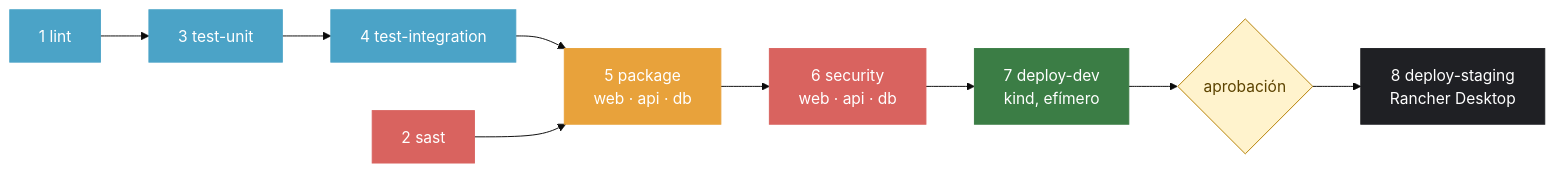
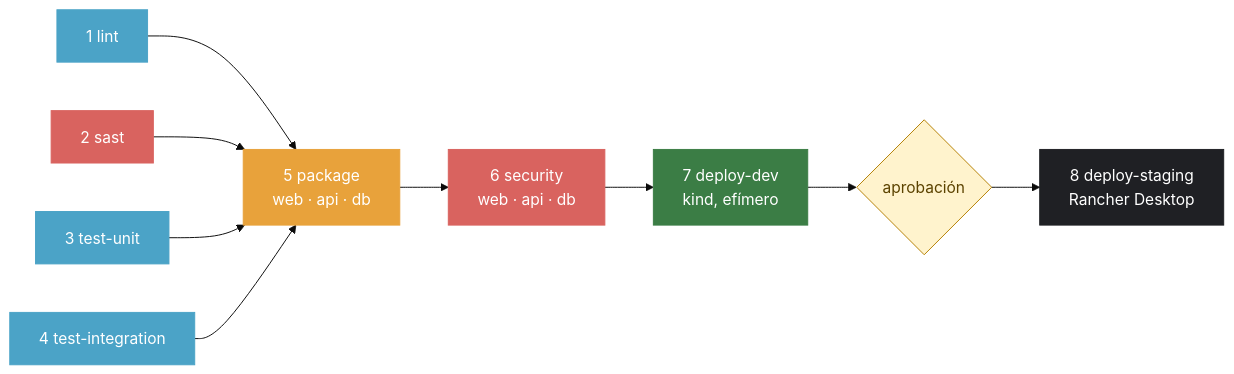
Before and after one commit to Jesusro-del/demo-cicd: the diagram in README.md, drawn with Mermaid (base theme). The commit also changed other lines of this file and 1 other file, not shown here.

````diff
--- a/README.md
+++ b/README.md
@@ -11,15 +11,17 @@
 ```mermaid
 flowchart LR
-    L["1 lint"] --> TU["3 test-unit"] --> TI["4 test-integration"] --> P["5 package<br/>web · api · db"]
+    L["1 lint"] --> P["5 package<br/>web · api · db"]
     S["2 sast"] --> P
+    TU["3 test-unit"] --> P
+    TI["4 test-integration"] --> P
     P --> SEC["6 security<br/>web · api · db"] --> DEV["7 deploy-dev<br/>kind, efímero"] --> AP{"aprobación"} --> STG["8 deploy-staging<br/>Rancher Desktop"]
     style L fill:#4ba3c7,stroke:#4ba3c7,color:#fff
     style S fill:#d9635f,stroke:#d9635f,color:#fff
     style TU fill:#4ba3c7,stroke:#4ba3c7,color:#fff
     style TI fill:#4ba3c7,stroke:#4ba3c7,color:#fff
     style P fill:#e8a23b,stroke:#e8a23b,color:#fff
     style SEC fill:#d9635f,stroke:#d9635f,color:#fff
     style DEV fill:#3b7d45,stroke:#3b7d45,color:#fff
     style AP fill:#fff3cd,stroke:#b58105,color:#5c4300
     style STG fill:#1f2024,stroke:#1f2024,color:#fff
 ```
````
